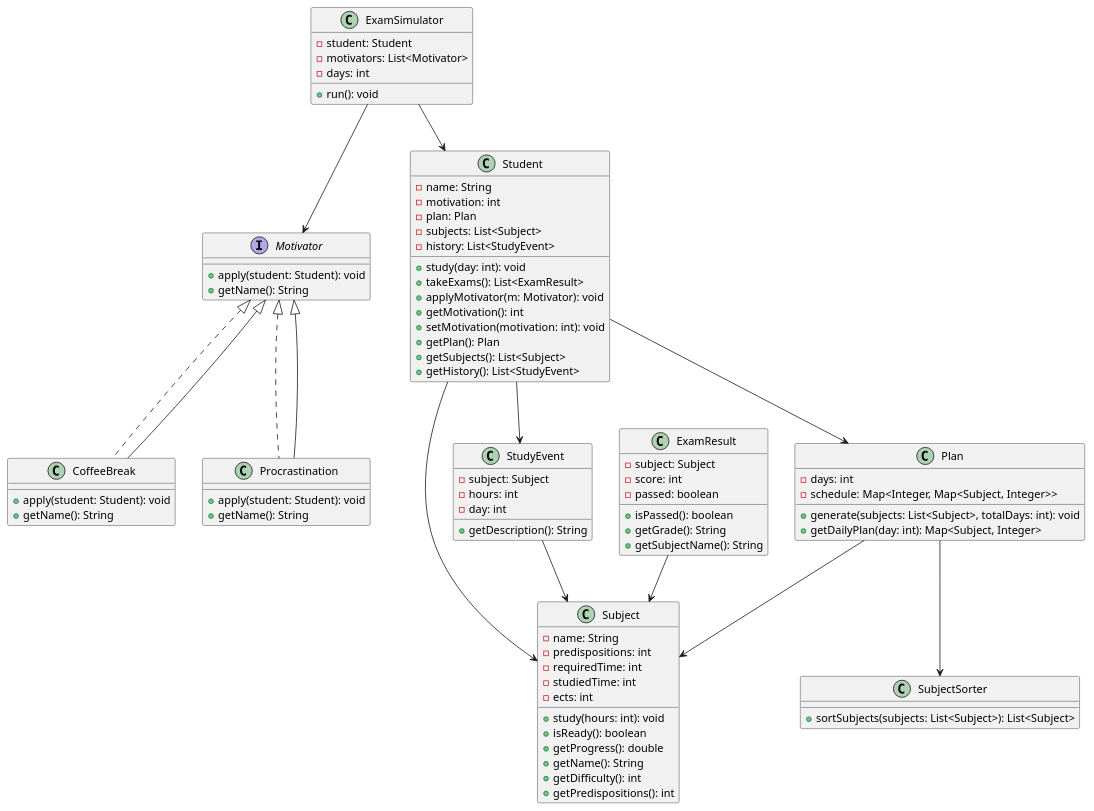
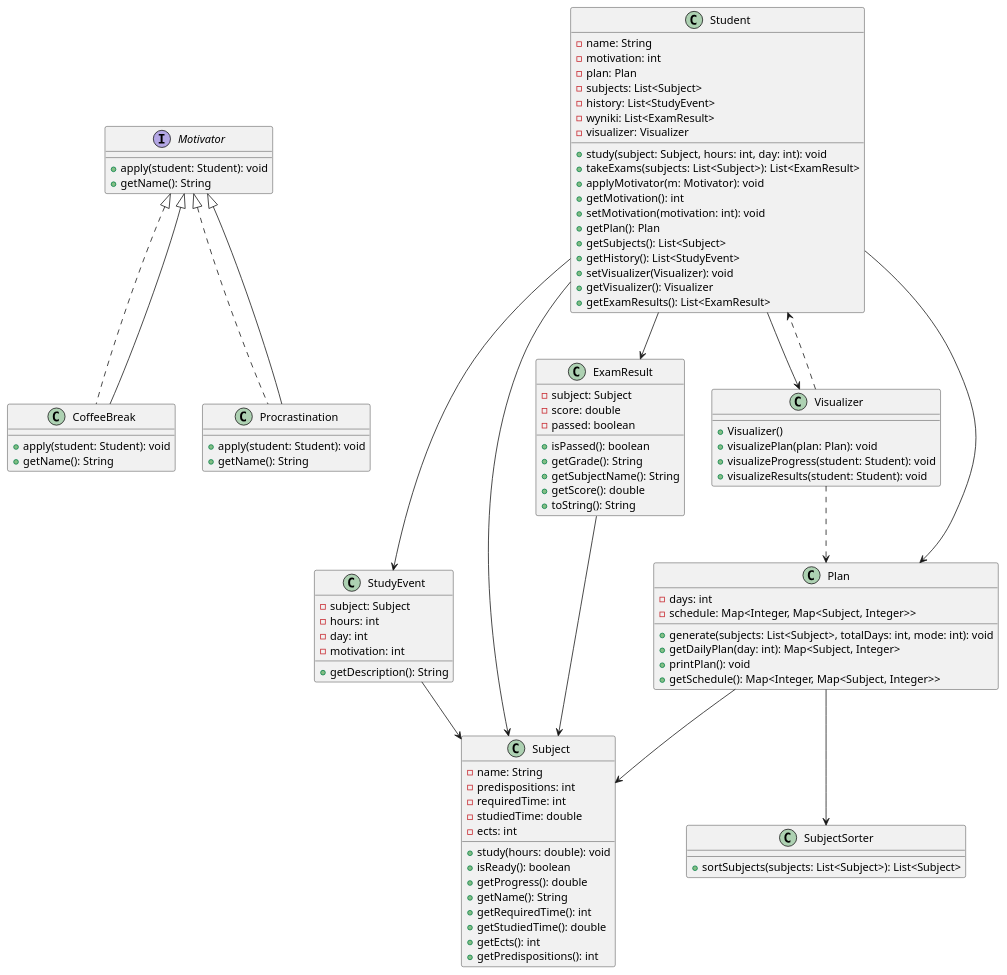
One commit to Krzyzak321/Symulator_Sesji changed the diagram in uml/Diagram klas UML.puml. Above: the diagram before and after it, drawn with PlantUML. The commit also changed 4 other files, not shown here.

Commit message:
zmienione diagramy

```diff
--- a/uml/Diagram klas UML.puml
+++ b/uml/Diagram klas UML.puml
@@ -1,94 +1,118 @@
 @startuml
+
+' ===== INTERFEJSY I MOTYWATORY =====
 interface Motivator {
     +apply(student: Student): void
     +getName(): String
 }
 
 class CoffeeBreak implements Motivator {
     +apply(student: Student): void
     +getName(): String
 }
 
 class Procrastination implements Motivator {
     +apply(student: Student): void
     +getName(): String
 }
 
 Motivator <|-- CoffeeBreak
 Motivator <|-- Procrastination
 
+' ===== PRZEDMIOT =====
 class Subject {
     -name: String
     -predispositions: int
     -requiredTime: int
-    -studiedTime: int
+    -studiedTime: double
     -ects: int
-    +study(hours: int): void
+    +study(hours: double): void
     +isReady(): boolean
     +getProgress(): double
     +getName(): String
-    +getDifficulty(): int
+    +getRequiredTime(): int
+    +getStudiedTime(): double
+    +getEcts(): int
     +getPredispositions(): int
 }
 
+' ===== SORTOWANIE PRZEDMIOTÓW =====
 class SubjectSorter {
     +sortSubjects(subjects: List<Subject>): List<Subject>
 }
 
+' ===== ZDARZENIE NAUKI =====
 class StudyEvent {
     -subject: Subject
     -hours: int
     -day: int
+    -motivation: int
     +getDescription(): String
 }
 
+' ===== PLAN =====
 class Plan {
     -days: int
     -schedule: Map<Integer, Map<Subject, Integer>>
-    +generate(subjects: List<Subject>, totalDays: int): void
+    +generate(subjects: List<Subject>, totalDays: int, mode: int): void
     +getDailyPlan(day: int): Map<Subject, Integer>
+    +printPlan(): void
+    +getSchedule(): Map<Integer, Map<Subject, Integer>>
 }
 
+' ===== WYNIK EGZAMINU =====
 class ExamResult {
     -subject: Subject
-    -score: int
+    -score: double
     -passed: boolean
     +isPassed(): boolean
     +getGrade(): String
     +getSubjectName(): String
+    +getScore(): double
+    +toString(): String
 }
 
+' ===== STUDENT =====
 class Student {
     -name: String
     -motivation: int
     -plan: Plan
     -subjects: List<Subject>
     -history: List<StudyEvent>
-    +study(day: int): void
-    +takeExams(): List<ExamResult>
+    -wyniki: List<ExamResult>
+    -visualizer: Visualizer
+    +study(subject: Subject, hours: int, day: int): void
+    +takeExams(subjects: List<Subject>): List<ExamResult>
     +applyMotivator(m: Motivator): void
     +getMotivation(): int
     +setMotivation(motivation: int): void
     +getPlan(): Plan
     +getSubjects(): List<Subject>
     +getHistory(): List<StudyEvent>
+    +setVisualizer(Visualizer): void
+    +getVisualizer(): Visualizer
+    +getExamResults(): List<ExamResult>
 }
 
-class ExamSimulator {
-    -student: Student
-    -motivators: List<Motivator>
-    -days: int
-    +run(): void
+' ===== WIZUALIZATOR =====
+class Visualizer {
+    +Visualizer()
+    +visualizePlan(plan: Plan): void
+    +visualizeProgress(student: Student): void
+    +visualizeResults(student: Student): void
 }
 
-ExamSimulator --> Student
-ExamSimulator --> Motivator
+' ===== RELACJE =====
 Student --> Plan
 Student --> Subject
 Student --> StudyEvent
-ExamResult --> Subject
-StudyEvent --> Subject
+Student --> ExamResult
+Student --> Visualizer
 Plan --> Subject
 Plan --> SubjectSorter
+StudyEvent --> Subject
+ExamResult --> Subject
+Visualizer ..> Plan
+Visualizer ..> Student
 
 @enduml
```
